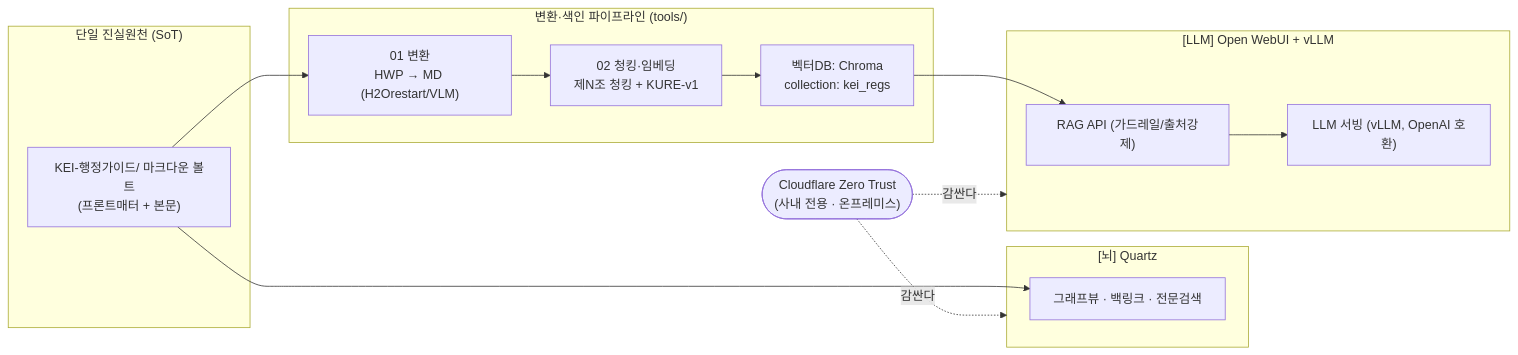
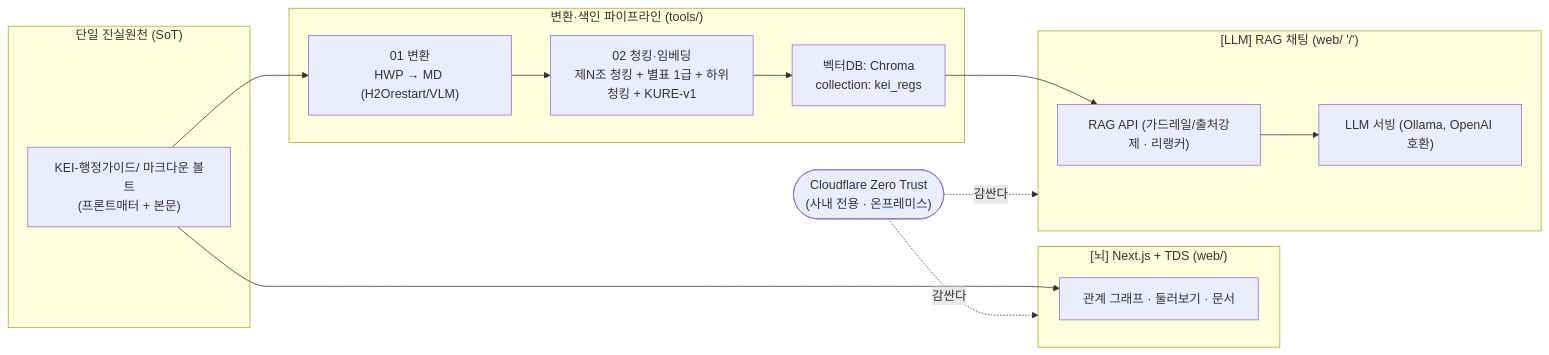
The diagram in docs/11-glossary.md (mooner92/KEIAdminSuperv), drawn with Mermaid before and after one commit. The commit also changed other lines of this file and 13 other files, not shown here.

````diff
--- a/docs/11-glossary.md
+++ b/docs/11-glossary.md
@@ -16,28 +16,28 @@
 ```mermaid
 flowchart LR
     subgraph SoT["단일 진실원천 (SoT)"]
         V["KEI-행정가이드/ 마크다운 볼트<br/>(프론트매터 + 본문)"]
     end
 
     subgraph Pipe["변환·색인 파이프라인 (tools/)"]
         C1["01 변환<br/>HWP → MD (H2Orestart/VLM)"]
-        C2["02 청킹·임베딩<br/>제N조 청킹 + KURE-v1"]
+        C2["02 청킹·임베딩<br/>제N조 청킹 + 별표 1급 + 하위청킹 + KURE-v1"]
         DB["벡터DB: Chroma<br/>collection: kei_regs"]
     end
 
-    subgraph Brain["[뇌] Quartz"]
-        Q["그래프뷰 · 백링크 · 전문검색"]
+    subgraph Brain["[뇌] Next.js + TDS (web/)"]
+        Q["관계 그래프 · 둘러보기 · 문서"]
     end
 
-    subgraph Asst["[LLM] Open WebUI + vLLM"]
-        R["RAG API (가드레일/출처강제)"]
-        L["LLM 서빙 (vLLM, OpenAI 호환)"]
+    subgraph Asst["[LLM] RAG 채팅 (web/ '/')"]
+        R["RAG API (가드레일/출처강제 · 리랭커)"]
+        L["LLM 서빙 (Ollama, OpenAI 호환)"]
     end
 
     V --> C1 --> C2 --> DB
     V --> Q
     DB --> R --> L
 
     ZT(["Cloudflare Zero Trust<br/>(사내 전용 · 온프레미스)"]) -.감싼다.-> Brain
     ZT -.감싼다.-> Asst
 ```
````
